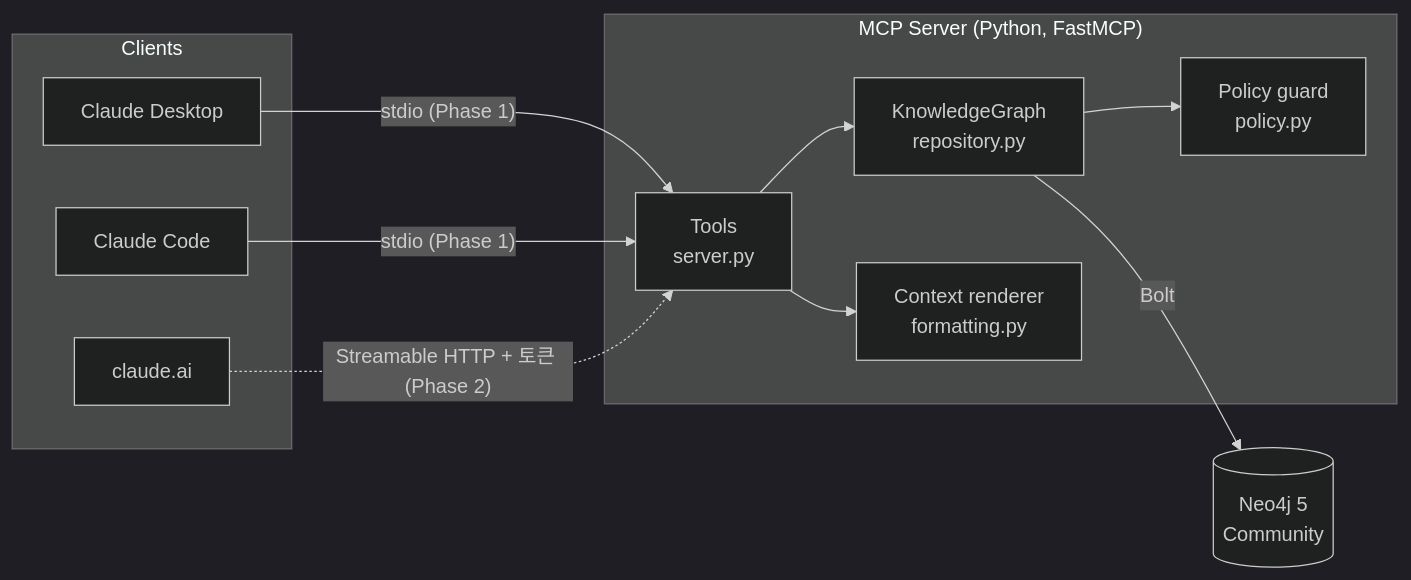
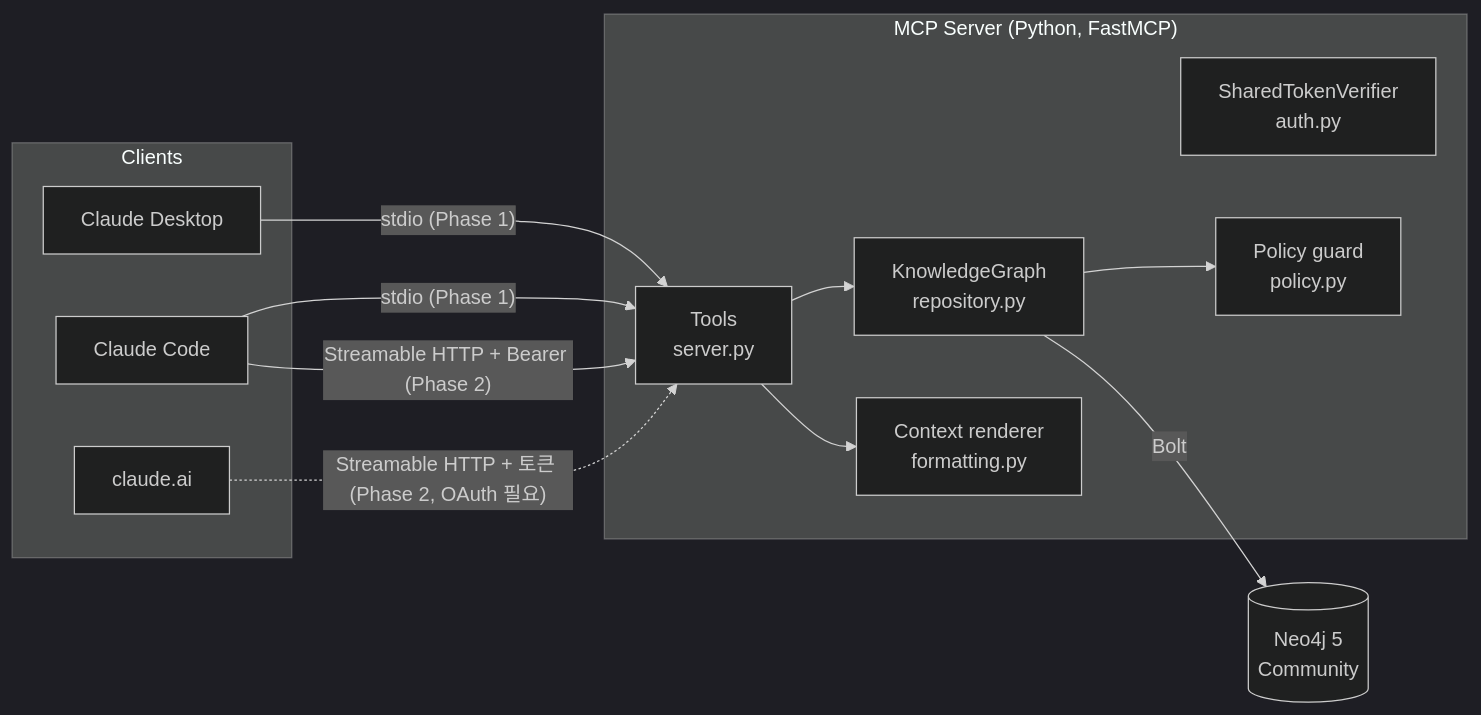
One commit to sm010422/personal-knowledge-graph-mcp changed the diagram in docs/architecture.md. Above: the diagram before and after it, drawn with Mermaid (dark theme). The commit also changed other lines of this file and 3 other files, not shown here.

````diff
--- a/docs/architecture.md
+++ b/docs/architecture.md
@@ -5,23 +5,25 @@
 ```mermaid
 flowchart LR
     subgraph Clients
         CD[Claude Desktop]
         CC[Claude Code]
         CA[claude.ai]
     end
     subgraph Server["MCP Server (Python, FastMCP)"]
         T[Tools<br/>server.py]
+        A[SharedTokenVerifier<br/>auth.py]
         R[KnowledgeGraph<br/>repository.py]
         P[Policy guard<br/>policy.py]
         F[Context renderer<br/>formatting.py]
     end
     DB[(Neo4j 5<br/>Community)]
 
     CD -- "stdio (Phase 1)" --> T
     CC -- "stdio (Phase 1)" --> T
-    CA -. "Streamable HTTP + 토큰 (Phase 2)" .-> T
+    CA -. "Streamable HTTP + 토큰 (Phase 2, OAuth 필요)" .-> T
+    CC -- "Streamable HTTP + Bearer (Phase 2)" --> T
     T --> R
     R --> P
     T --> F
     R -- Bolt --> DB
 ```
````
